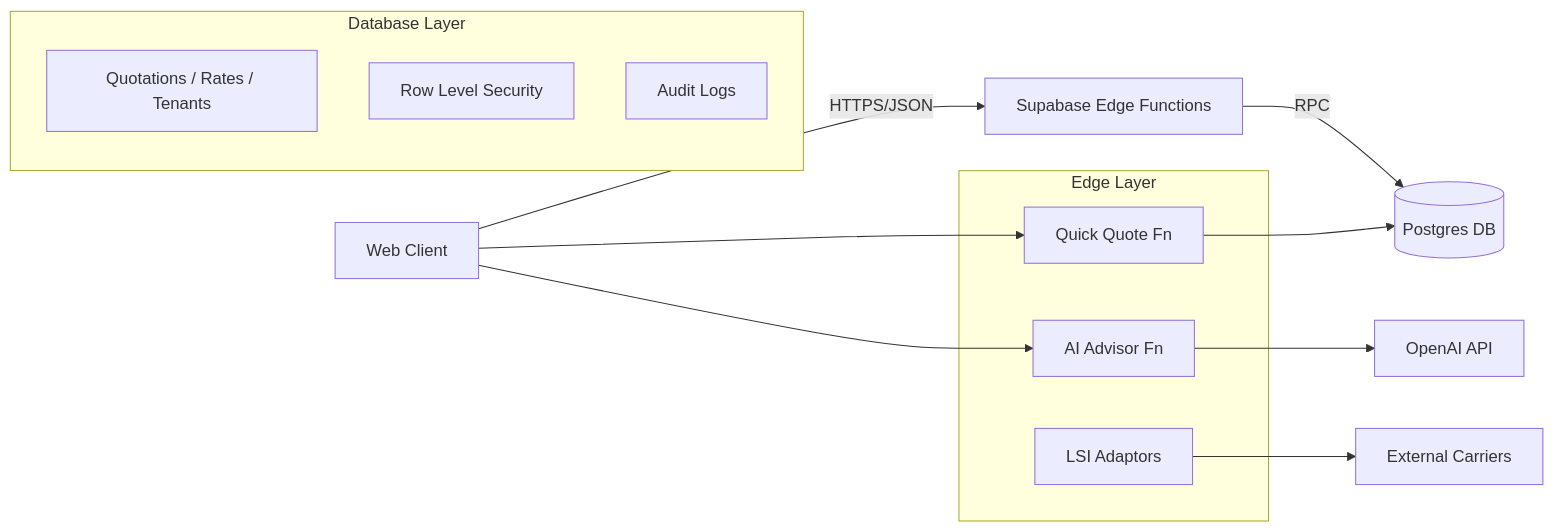
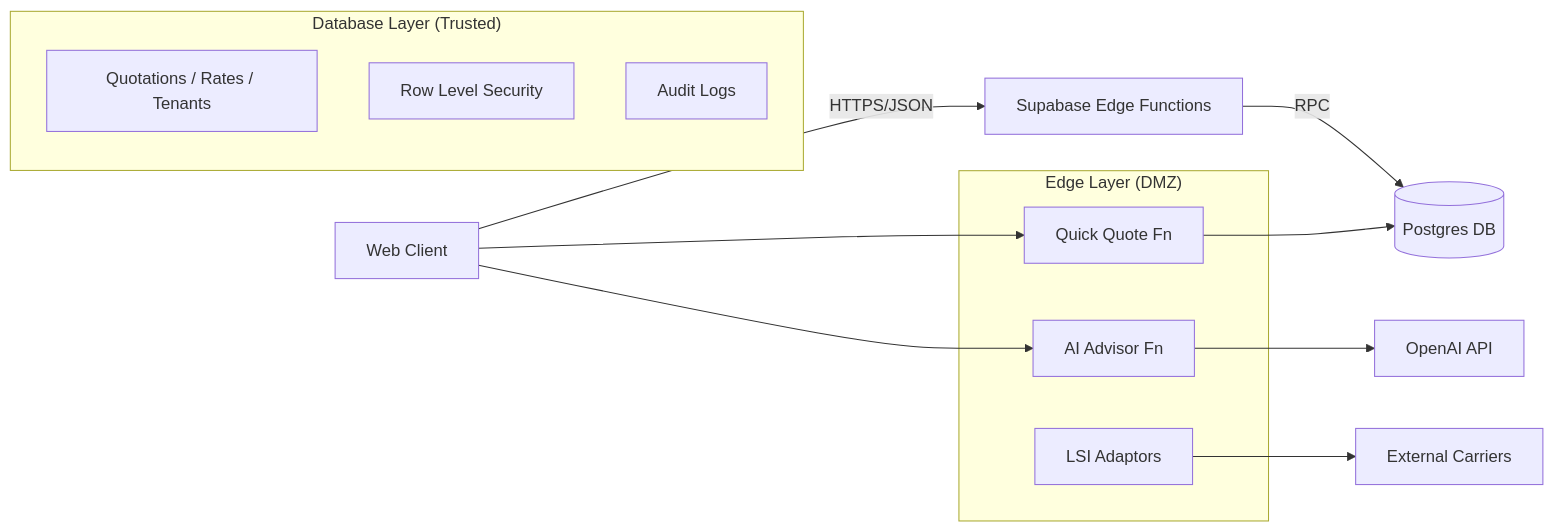
The second of 5 diagrams in docs/quotation-management-guide.md (vageesha-vaishya/logic-nexus-ai), drawn with Mermaid before and after one commit. The commit also changed other lines of this file, not shown here.

````diff
--- a/docs/quotation-management-guide.md
+++ b/docs/quotation-management-guide.md
@@ -47,23 +52,23 @@
 ```mermaid
 graph LR
-    Client[Web Client] -- HTTPS/JSON --> Edge[Supabase Edge Functions]
-    Edge -- RPC --> DB[(Postgres DB)]
+    Client["Web Client"] -- HTTPS/JSON --> Edge["Supabase Edge Functions"]
+    Edge -- RPC --> DB[("Postgres DB")]
     
-    subgraph "Edge Layer"
-        QQ[Quick Quote Fn]
-        AI[AI Advisor Fn]
-        LSI[LSI Adaptors]
+    subgraph "Edge Layer (DMZ)"
+        QQ["Quick Quote Fn"]
+        AI["AI Advisor Fn"]
+        LSI["LSI Adaptors"]
     end
     
-    subgraph "Database Layer"
-        Tables[Quotations / Rates / Tenants]
-        RLS[Row Level Security]
-        Logs[Audit Logs]
+    subgraph "Database Layer (Trusted)"
+        Tables["Quotations / Rates / Tenants"]
+        RLS["Row Level Security"]
+        Logs["Audit Logs"]
     end
     
     Client --> QQ
     Client --> AI
     QQ --> DB
-    AI --> Open[OpenAI API]
-    LSI --> Ext[External Carriers]
+    AI --> Open["OpenAI API"]
+    LSI --> Ext["External Carriers"]
 ```
````
